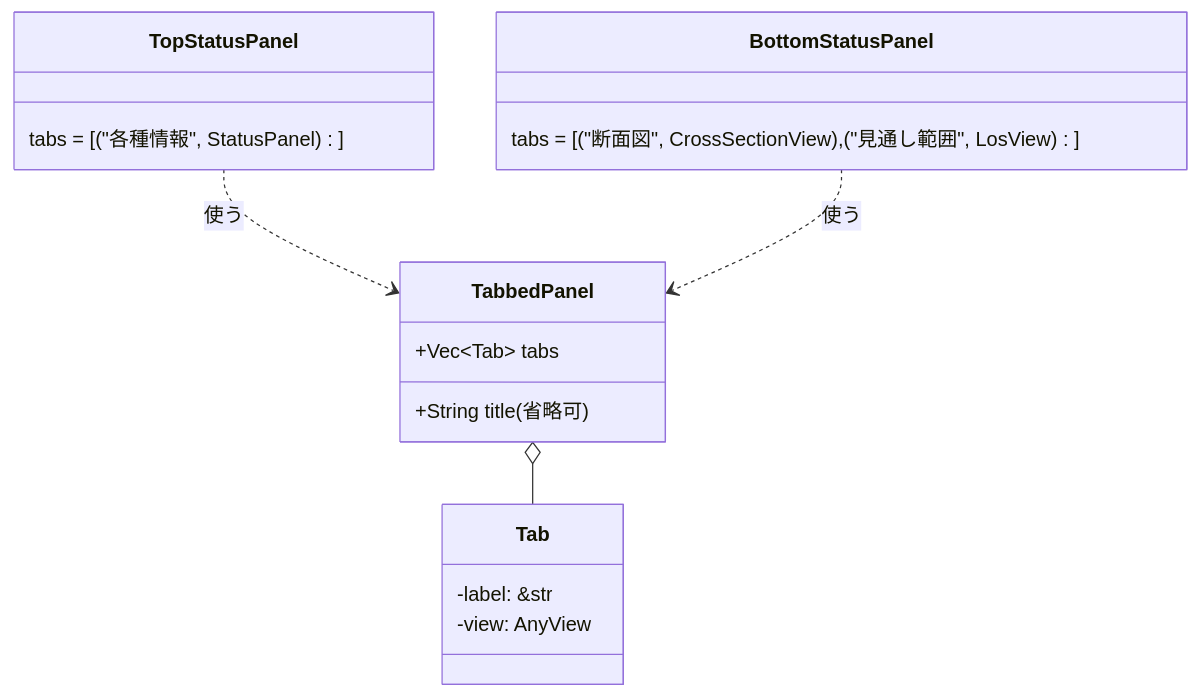
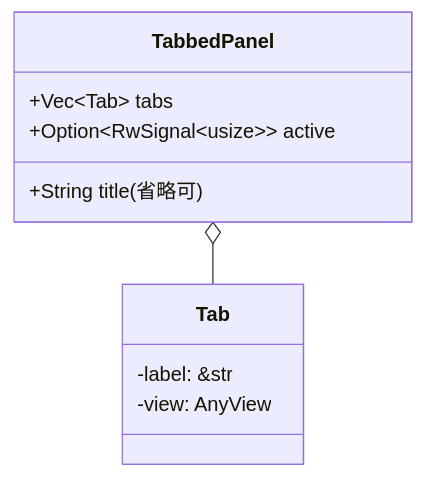
One commit to ham1a6/SimulationView changed the fifth of 6 diagrams in docs/DETAILED_DESIGN.md. Above: the diagram before and after it, drawn with Mermaid. The commit also changed other lines of this file and 11 other files, not shown here.

````diff
--- a/docs/DETAILED_DESIGN.md
+++ b/docs/DETAILED_DESIGN.md
@@ -816,20 +824,13 @@
 ```mermaid
 classDiagram
     class TabbedPanel {
         +String title (省略可)
         +Vec~Tab~ tabs
+        +Option~RwSignal~usize~~ active
     }
     class Tab {
         -label: &str
         -view: AnyView
     }
-    class TopStatusPanel {
-        tabs = [("各種情報", StatusPanel)]
-    }
-    class BottomStatusPanel {
-        tabs = [("断面図", CrossSectionView), ("見通し範囲", LosView)]
-    }
     TabbedPanel o-- Tab
-    TopStatusPanel ..> TabbedPanel : 使う
-    BottomStatusPanel ..> TabbedPanel : 使う
 ```
````
